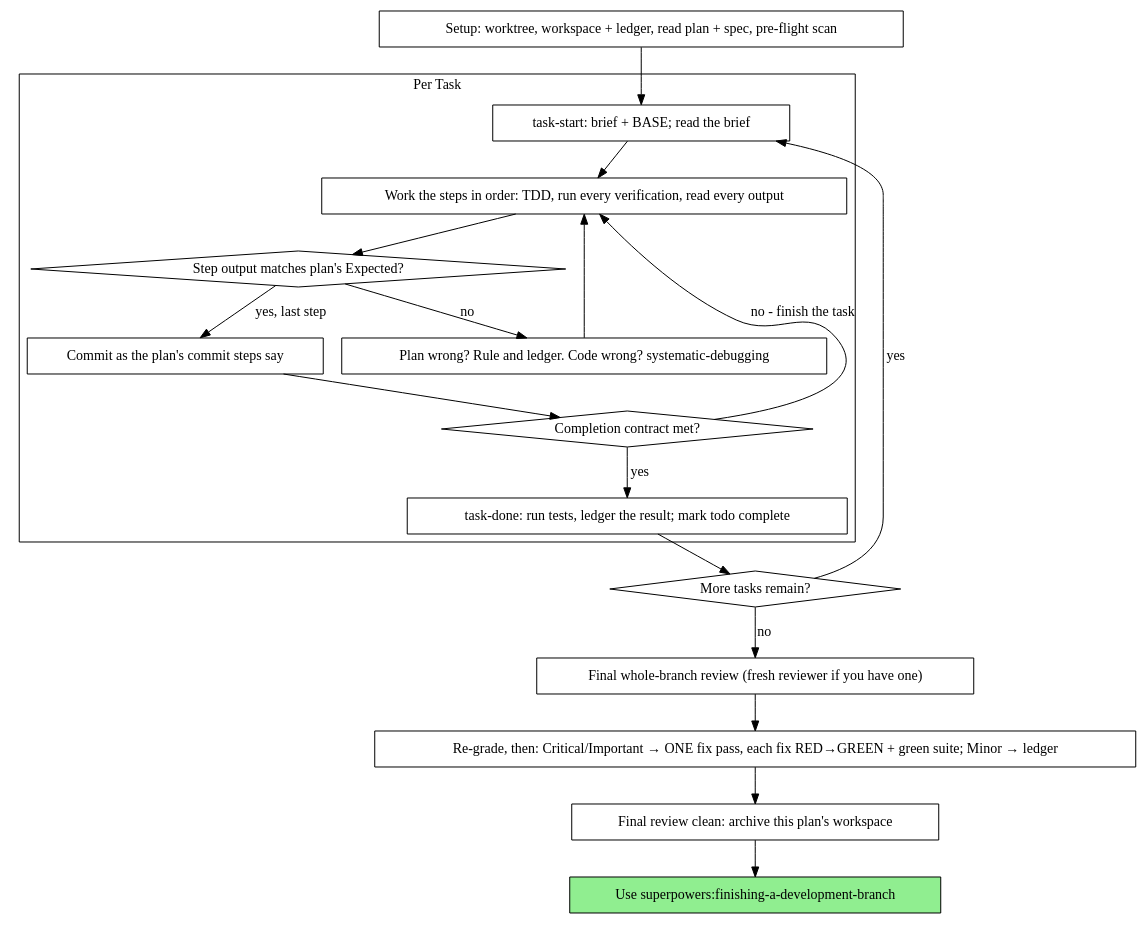
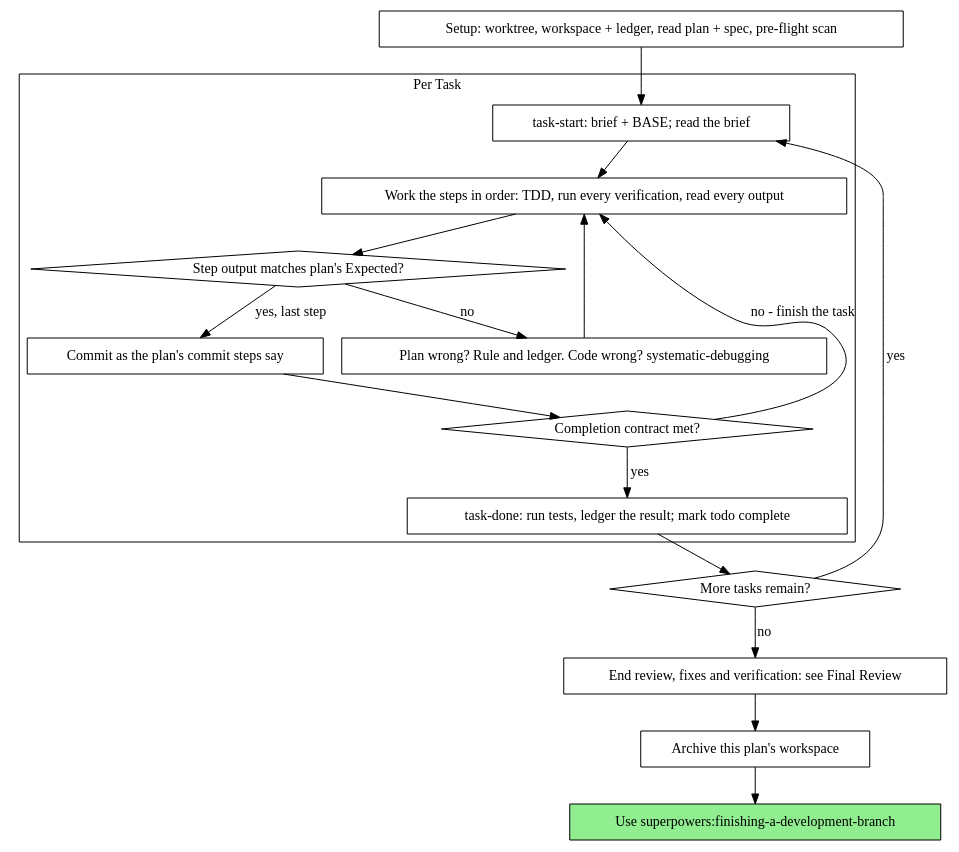
The diagram in skills/executing-plans/SKILL.md (malekgxd/superpowers), drawn with Graphviz before and after one commit. The commit also changed other lines of this file and 4 other files, not shown here.

Commit message:
Task 3: executing-plans, receiving-code-review and verification-before-completion carry the end review

````diff
--- a/skills/executing-plans/SKILL.md
+++ b/skills/executing-plans/SKILL.md
@@ -69,39 +69,37 @@
 ```dot
 digraph process {
     rankdir=TB;
 
     subgraph cluster_per_task {
         label="Per Task";
         "task-start: brief + BASE; read the brief" [shape=box];
         "Work the steps in order: TDD, run every verification, read every output" [shape=box];
         "Step output matches plan's Expected?" [shape=diamond];
         "Plan wrong? Rule and ledger. Code wrong? systematic-debugging" [shape=box];
         "Commit as the plan's commit steps say" [shape=box];
         "Completion contract met?" [shape=diamond];
         "task-done: run tests, ledger the result; mark todo complete" [shape=box];
     }
 
     "Setup: worktree, workspace + ledger, read plan + spec, pre-flight scan" [shape=box];
     "More tasks remain?" [shape=diamond];
-    "Final whole-branch review (fresh reviewer if you have one)" [shape=box];
-    "Re-grade, then: Critical/Important → ONE fix pass, each fix RED→GREEN + green suite; Minor → ledger" [shape=box];
-    "Final review clean: archive this plan's workspace" [shape=box];
+    "End review, fixes and verification: see Final Review" [shape=box];
+    "Archive this plan's workspace" [shape=box];
     "Use superpowers:finishing-a-development-branch" [shape=box style=filled fillcolor=lightgreen];
 
     "Setup: worktree, workspace + ledger, read plan + spec, pre-flight scan" -> "task-start: brief + BASE; read the brief";
     "task-start: brief + BASE; read the brief" -> "Work the steps in order: TDD, run every verification, read every output";
     "Work the steps in order: TDD, run every verification, read every output" -> "Step output matches plan's Expected?";
     "Step output matches plan's Expected?" -> "Plan wrong? Rule and ledger. Code wrong? systematic-debugging" [label="no"];
     "Plan wrong? Rule and ledger. Code wrong? systematic-debugging" -> "Work the steps in order: TDD, run every verification, read every output";
     "Step output matches plan's Expected?" -> "Commit as the plan's commit steps say" [label="yes, last step"];
     "Commit as the plan's commit steps say" -> "Completion contract met?";
     "Completion contract met?" -> "Work the steps in order: TDD, run every verification, read every output" [label="no - finish the task"];
     "Completion contract met?" -> "task-done: run tests, ledger the result; mark todo complete" [label="yes"];
     "task-done: run tests, ledger the result; mark todo complete" -> "More tasks remain?";
     "More tasks remain?" -> "task-start: brief + BASE; read the brief" [label="yes"];
-    "More tasks remain?" -> "Final whole-branch review (fresh reviewer if you have one)" [label="no"];
-    "Final whole-branch review (fresh reviewer if you have one)" -> "Re-grade, then: Critical/Important → ONE fix pass, each fix RED→GREEN + green suite; Minor → ledger";
-    "Re-grade, then: Critical/Important → ONE fix pass, each fix RED→GREEN + green suite; Minor → ledger" -> "Final review clean: archive this plan's workspace";
-    "Final review clean: archive this plan's workspace" -> "Use superpowers:finishing-a-development-branch";
+    "More tasks remain?" -> "End review, fixes and verification: see Final Review" [label="no"];
+    "End review, fixes and verification: see Final Review" -> "Archive this plan's workspace";
+    "Archive this plan's workspace" -> "Use superpowers:finishing-a-development-branch";
 }
 ```
````
